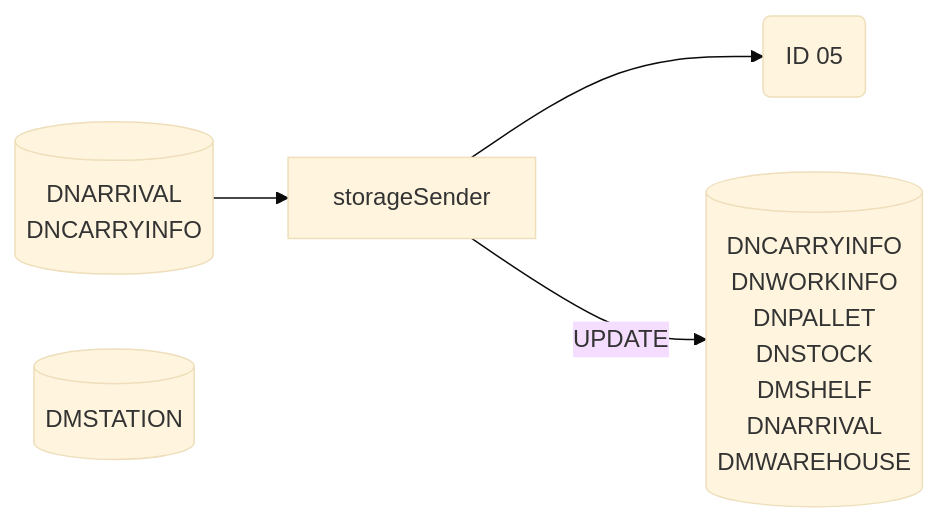
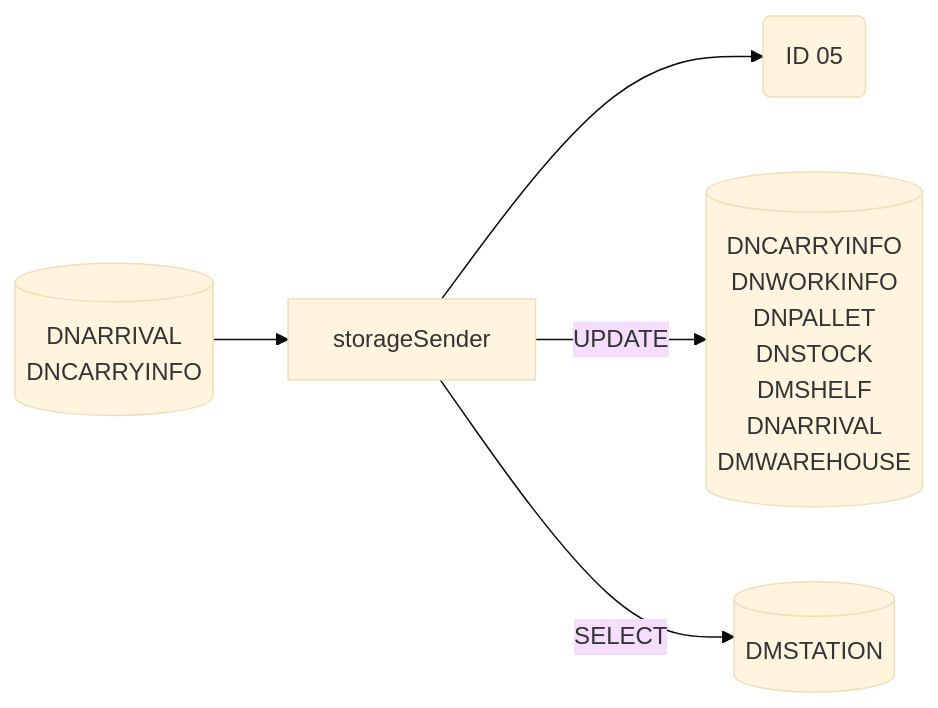
The third of 23 diagrams in Basic-Design/DFD-WMS/Storage/Palletizing-Settting/Palletize-Start.md (luthfiadityaa/SimeDarby-Wiki), drawn with Mermaid (base theme) before and after one commit.

Commit message:
Updated Palletize Start

```diff
--- a/Basic-Design/DFD-WMS/Storage/Palletizing-Settting/Palletize-Start.md
+++ b/Basic-Design/DFD-WMS/Storage/Palletizing-Settting/Palletize-Start.md
@@ -313,27 +313,28 @@
 ::: mermaid
 flowchart LR
 storageSender-update[("
 DNCARRYINFO
 DNWORKINFO
 DNPALLET
 DNSTOCK
 DMSHELF
 DNARRIVAL
 DMWAREHOUSE
 ")]
 storageSender-input[("
 DNARRIVAL
 DNCARRYINFO
 ")]
 
 storageSender-select[("
 DMSTATION
 ")]
 
 id05msg("
 ID 05
 ")
 
 storageSender-input-->storageSender-->id05msg
 storageSender--> |UPDATE| storageSender-update
+storageSender--> |SELECT| storageSender-select
 :::
```
